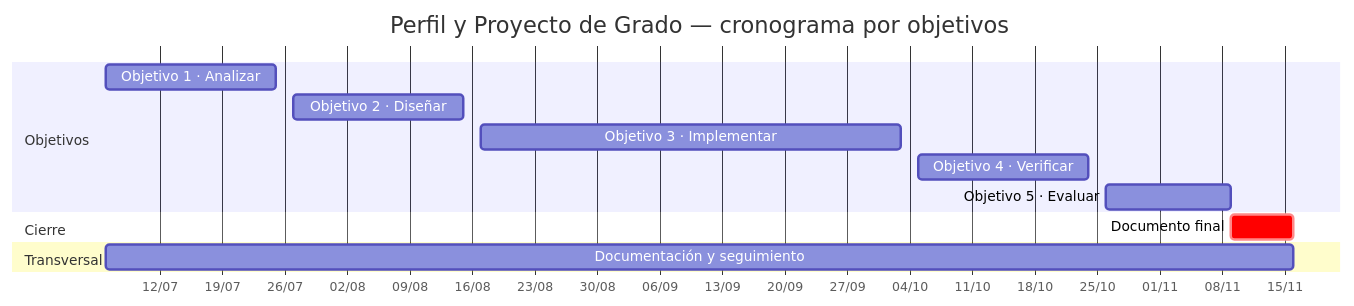
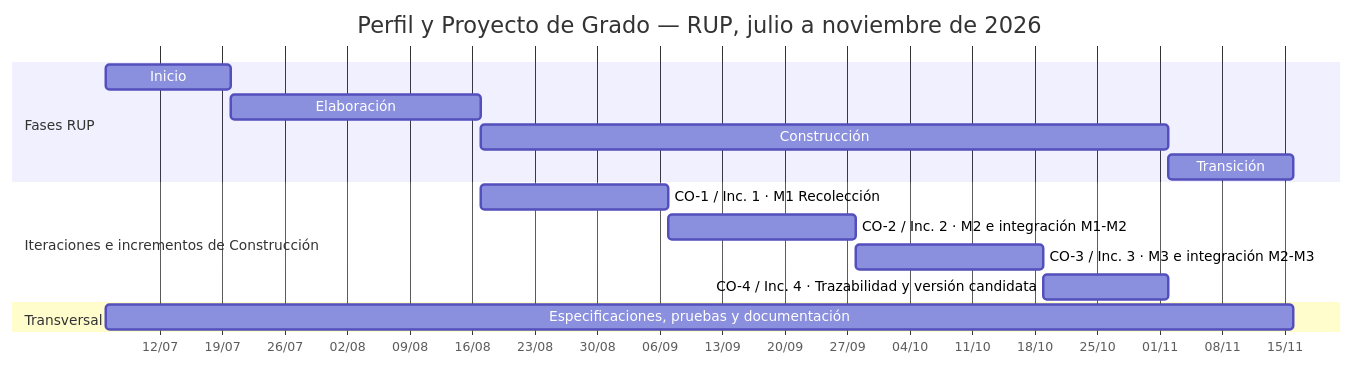
Before and after one commit to R3foresta/r3foresta-docs: the first of 2 diagrams in documentacion-grado/06_entregables/perfil/PERFIL_PROYECTO_GRADO.md, drawn with Mermaid. The commit also changed other lines of this file and 19 other files, not shown here.

Commit message:
docs: refinar perfil y metodología RUP

````diff
--- a/documentacion-grado/06_entregables/perfil/PERFIL_PROYECTO_GRADO.md
+++ b/documentacion-grado/06_entregables/perfil/PERFIL_PROYECTO_GRADO.md
@@ -277,19 +328,21 @@
 ```mermaid
 gantt
-    title Perfil y Proyecto de Grado — cronograma por objetivos
+    title Perfil y Proyecto de Grado — RUP, julio a noviembre de 2026
     dateFormat YYYY-MM-DD
     axisFormat %d/%m
 
-    section Objetivos
-    Objetivo 1 · Analizar     :o1, 2026-07-06, 19d
-    Objetivo 2 · Diseñar      :o2, 2026-07-27, 19d
-    Objetivo 3 · Implementar  :o3, 2026-08-17, 47d
-    Objetivo 4 · Verificar    :o4, 2026-10-05, 19d
-    Objetivo 5 · Evaluar      :o5, 2026-10-26, 14d
+    section Fases RUP
+    Inicio                         :inicio, 2026-07-06, 14d
+    Elaboración                    :elab, 2026-07-20, 28d
+    Construcción                   :const, 2026-08-17, 77d
+    Transición                     :trans, 2026-11-02, 14d
 
-    section Cierre
-    Documento final          :crit, cierre, 2026-11-09, 7d
+    section Iteraciones e incrementos de Construcción
+    CO-1 / Inc. 1 · M1 Recolección :i1, 2026-08-17, 21d
+    CO-2 / Inc. 2 · M2 e integración M1-M2 :i2, 2026-09-07, 21d
+    CO-3 / Inc. 3 · M3 e integración M2-M3 :i3, 2026-09-28, 21d
+    CO-4 / Inc. 4 · Trazabilidad y versión candidata :i4, 2026-10-19, 14d
 
     section Transversal
-    Documentación y seguimiento :doc, 2026-07-06, 2026-11-16
+    Especificaciones, pruebas y documentación :doc, 2026-07-06, 133d
 ```
````
